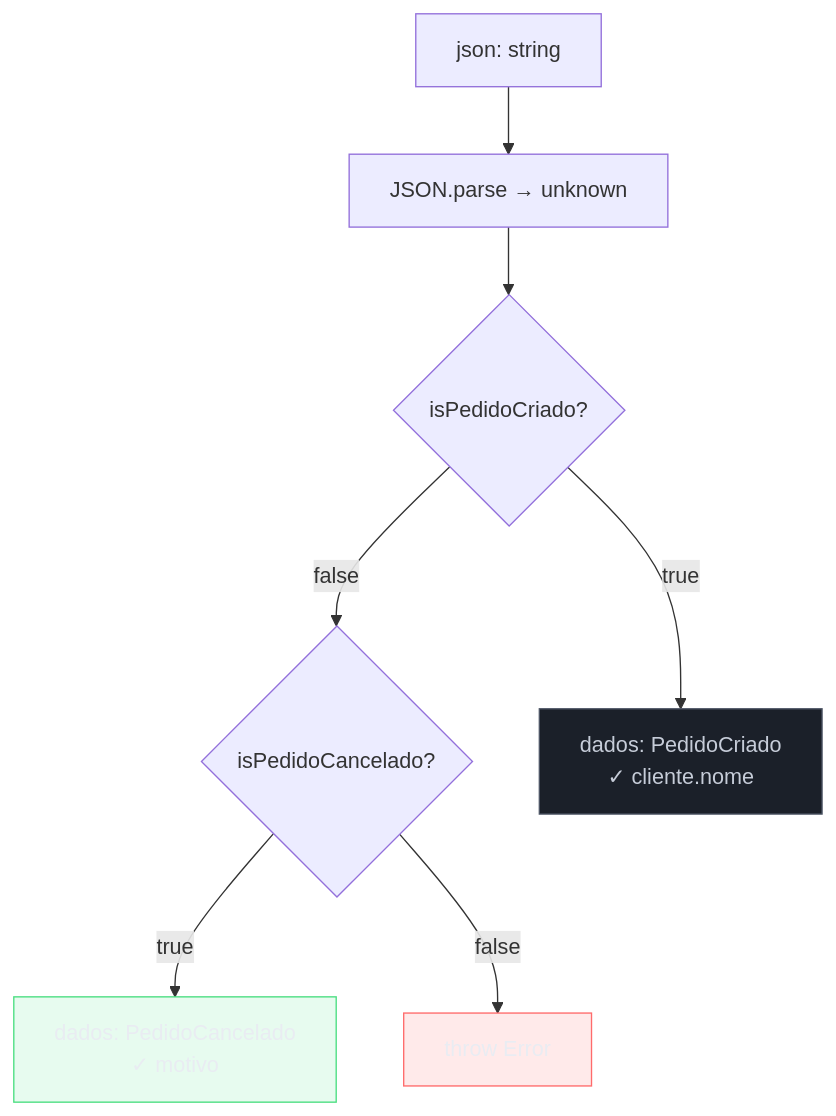
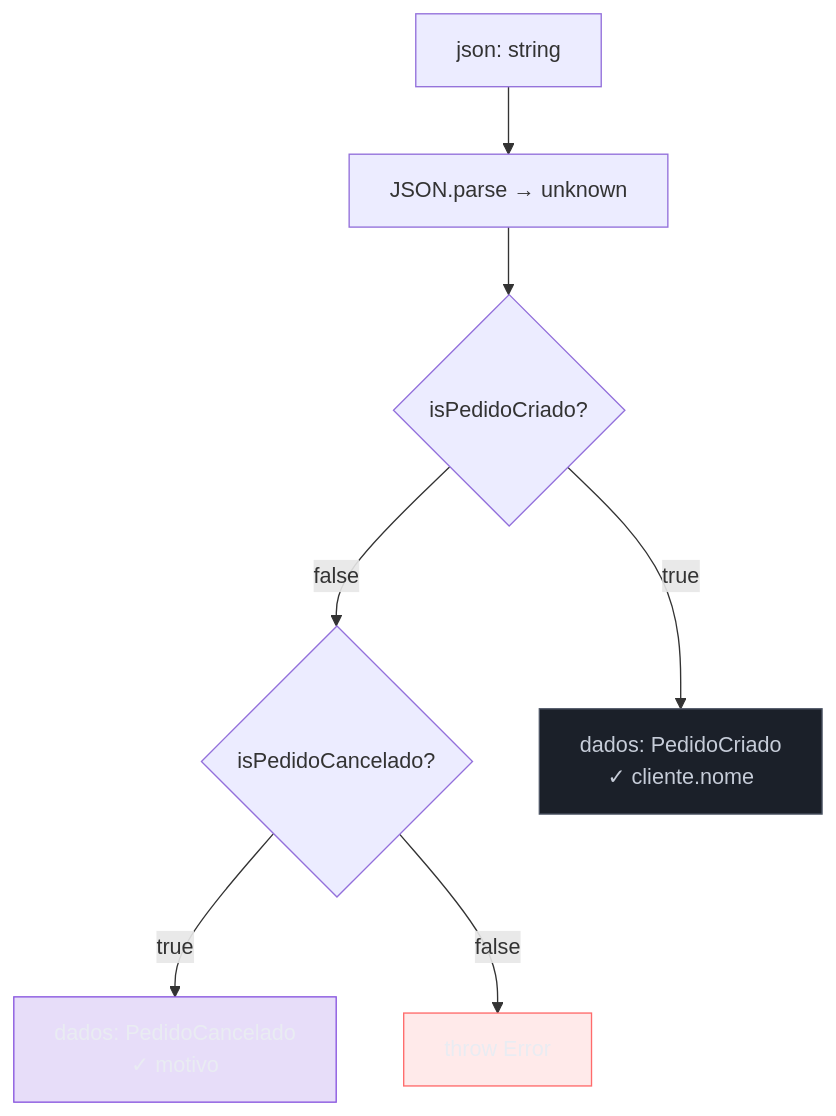
The fifth of 5 diagrams in 03-Dominios/Tecnologia/TypeScript/09 - Type narrowing e type guards.md (josenaldo/codex-technomanticus), drawn with Mermaid before and after one commit. The commit also changed other lines of this file and 601 other files, not shown here.

````diff
--- a/03-Dominios/Tecnologia/TypeScript/09 - Type narrowing e type guards.md
+++ b/03-Dominios/Tecnologia/TypeScript/09 - Type narrowing e type guards.md
@@ -608,23 +607,23 @@
 ```mermaid
 flowchart TD
+    classDef marca fill:#8855DF33,stroke:#8855DF,color:#E9ECF2
     classDef neutro fill:#1B2029,stroke:#4E5666,color:#C6CCD8
-    classDef ok fill:#4ADE8021,stroke:#4ADE80,color:#E9ECF2
     classDef falha fill:#FF6B6B24,stroke:#FF6B6B,color:#E9ECF2
     JSON["json: string"]
     PARSE["JSON.parse → unknown"]
     G1{"isPedidoCriado?"}
     G2{"isPedidoCancelado?"}
     PC["dados: PedidoCriado\n✓ cliente.nome"]
     PP["dados: PedidoCancelado\n✓ motivo"]
     ERR["throw Error"]
 
     JSON --> PARSE --> G1
     G1 -->|"true"| PC
     G1 -->|"false"| G2
     G2 -->|"true"| PP
     G2 -->|"false"| ERR
 
     class PC neutro
-    class PP ok
+    class PP marca
     class ERR falha
 ```
````
